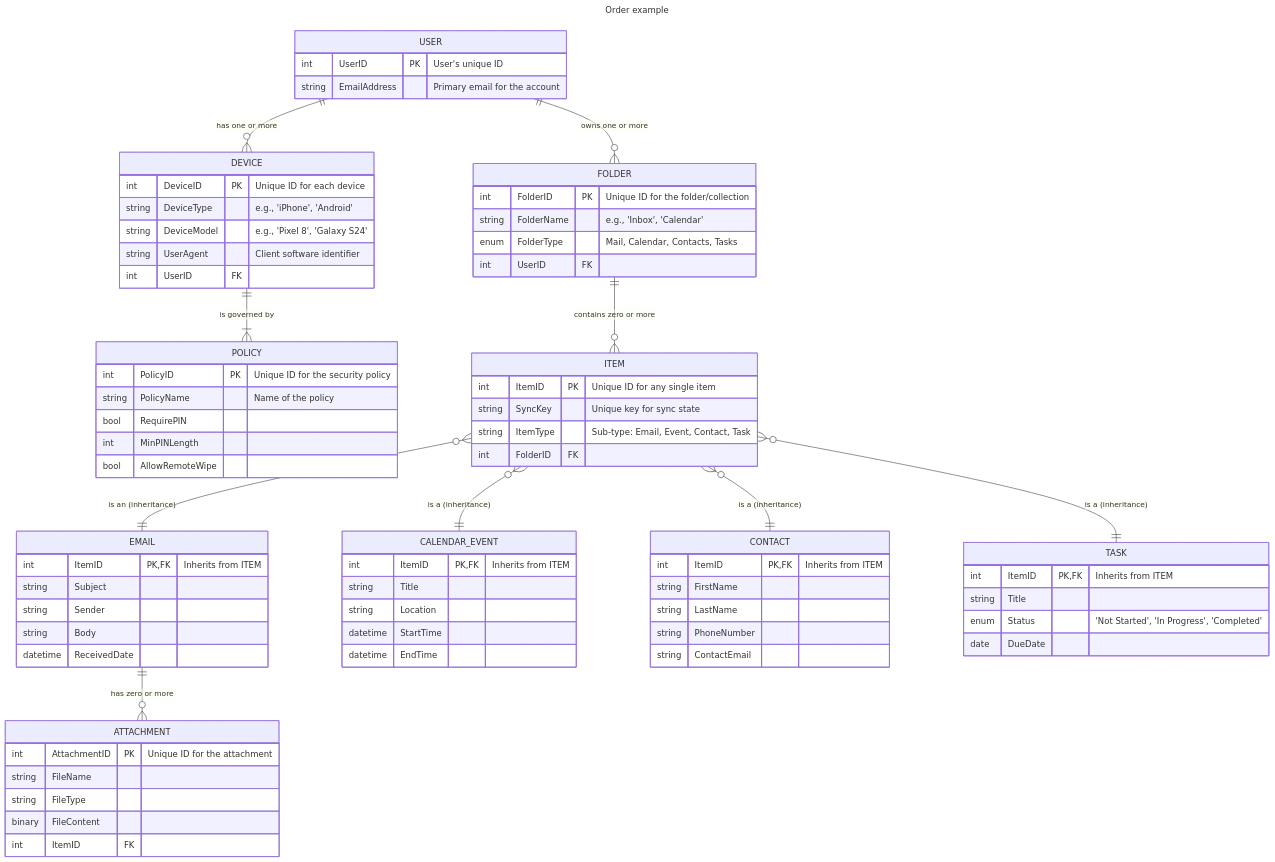
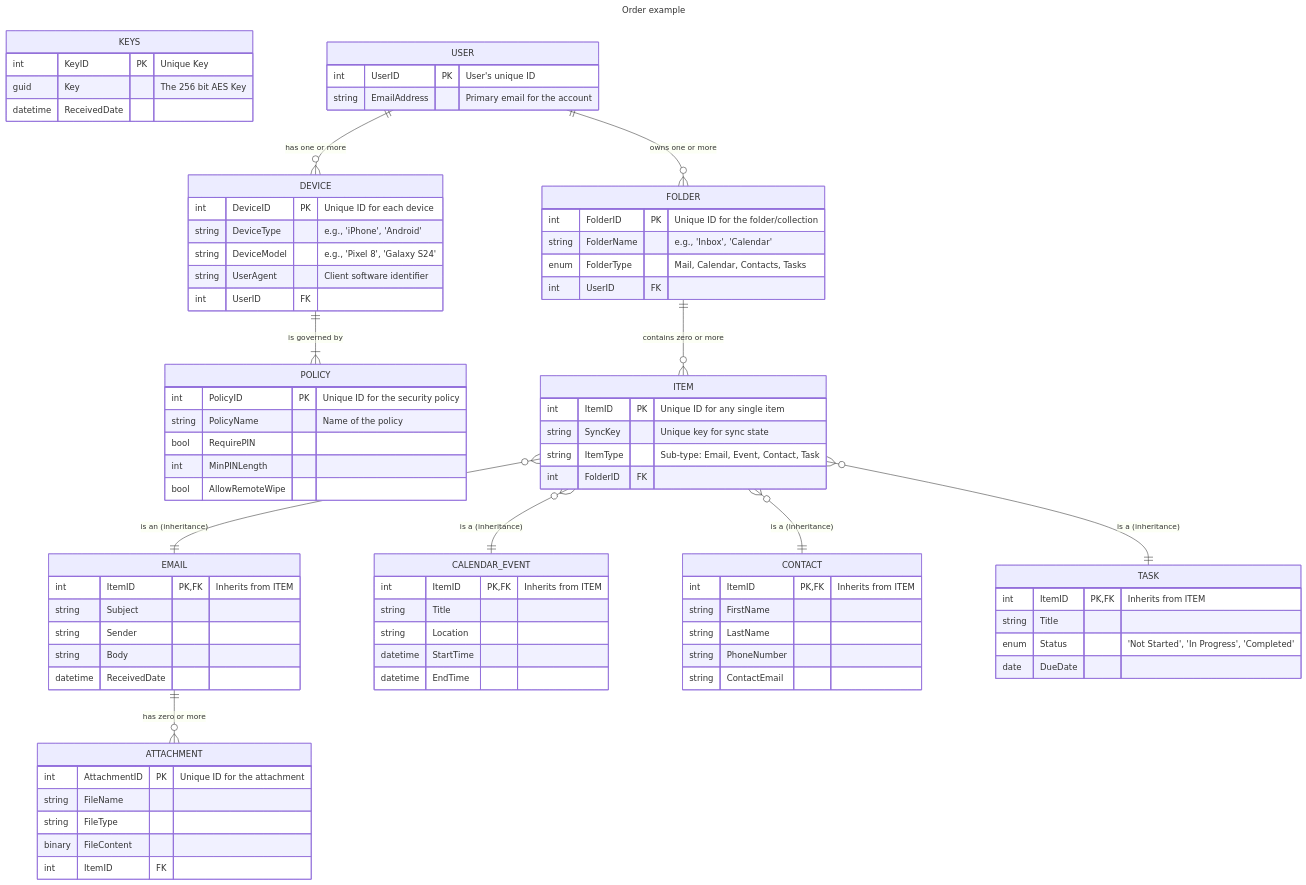
Before and after one commit to worthingtonse/client-prompts: the diagram in Ideas In Progress/QMAIL/erd.md, drawn with Mermaid. The commit also changed other lines of this file, not shown here.

```diff
--- a/Ideas In Progress/QMAIL/erd.md
+++ b/Ideas In Progress/QMAIL/erd.md
@@ -5,6 +5,13 @@
 title: Order example
 ---
 erDiagram
+
+    KEYS {
+        int KeyID PK "Unique Key"
+        guid Key  "The 256 bit AES Key"
+        datetime ReceivedDate
+    }
+
     USER {
         int UserID PK "User's unique ID"
         string EmailAddress "Primary email for the account"
```
